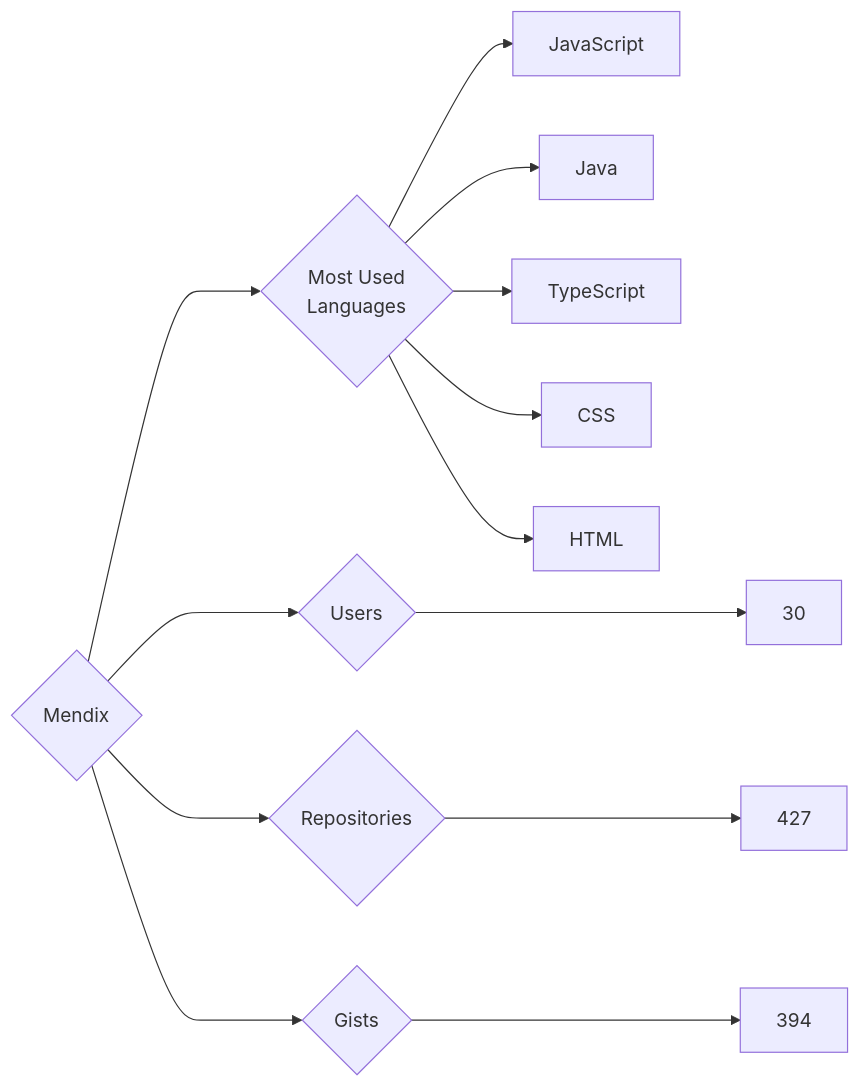
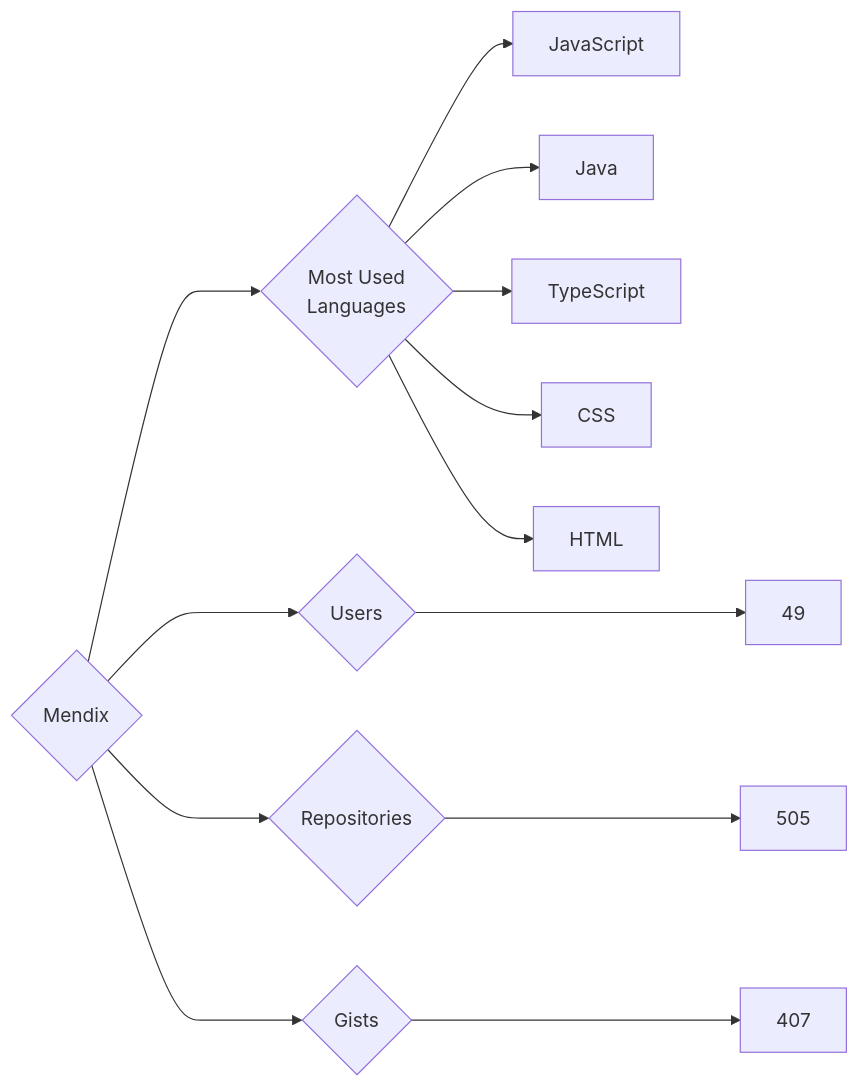
One commit to trickest/insiders changed the diagram in targets/Mendix/README.md. Above: the diagram before and after it, drawn with Mermaid. The commit also changed 860 other files, not shown here.

````diff
--- a/targets/Mendix/README.md
+++ b/targets/Mendix/README.md
@@ -3,13 +3,13 @@
 ```mermaid
 graph LR
 COMPANY_NAME{Mendix}
-COMPANY_NAME ---> U{Users} ---> UN[30]
-COMPANY_NAME ---> R{Repositories} ---> RN[427]
-COMPANY_NAME ---> G{Gists} ---> GN[394]
+COMPANY_NAME ---> U{Users} ---> UN[49]
+COMPANY_NAME ---> R{Repositories} ---> RN[505]
+COMPANY_NAME ---> G{Gists} ---> GN[407]
 COMPANY_NAME ---> ML{Most Used<br>Languages}
 ML --> JavaScript[JavaScript]
 ML --> Java[Java]
 ML --> TypeScript[TypeScript]
 ML --> CSS[CSS]
 ML --> HTML[HTML]
 ```
````
